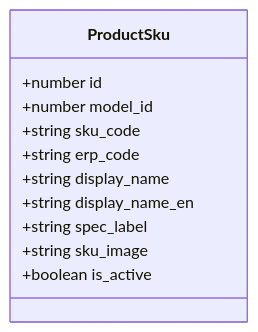
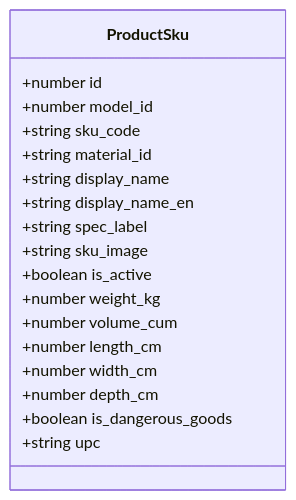
One commit to CubeEdge/Longhorn changed the eighth of 14 diagrams in .qoder/repowiki/zh/content/前端组件架构/产品管理界面/产品管理界面.md. Above: the diagram before and after it, drawn with Mermaid. The commit also changed other lines of this file and 53 other files, not shown here.

````diff
--- a/.qoder/repowiki/zh/content/前端组件架构/产品管理界面/产品管理界面.md
+++ b/.qoder/repowiki/zh/content/前端组件架构/产品管理界面/产品管理界面.md
@@ -902,14 +681,21 @@
 ```mermaid
 classDiagram
 class ProductSku {
 +number id
 +number model_id
 +string sku_code
-+string erp_code
++string material_id
 +string display_name
 +string display_name_en
 +string spec_label
 +string sku_image
 +boolean is_active
++number weight_kg
++number volume_cum
++number length_cm
++number width_cm
++number depth_cm
++boolean is_dangerous_goods
++string upc
 }
 ```
````
